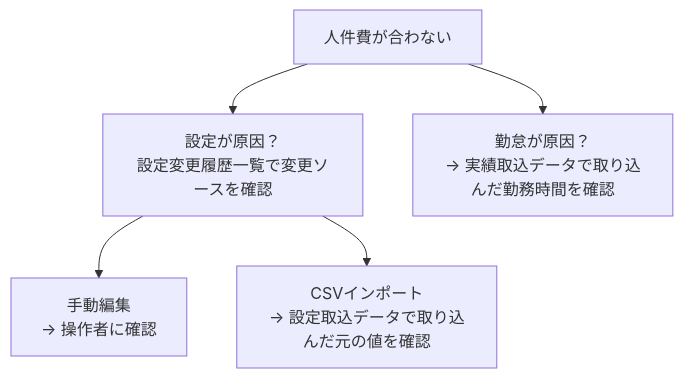
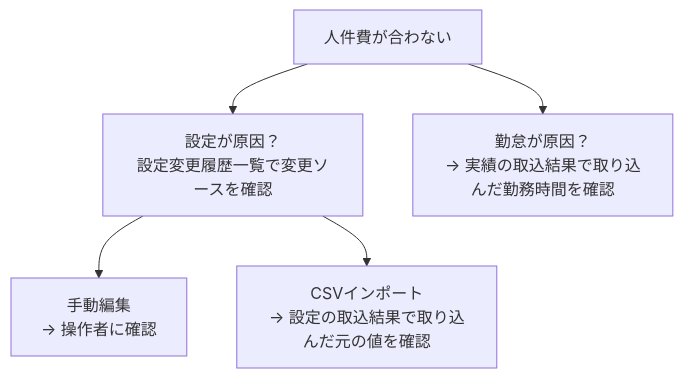
One commit to suguru789987/rakmy-employee-mgmt-spec changed diagram 12 of 15 in 20260803_01_従業員管理_仕様書_PdM版.md. Above: the diagram before and after it, drawn with Mermaid. The commit also changed other lines of this file and 28 other files, not shown here.

````diff
--- a/20260803_01_従業員管理_仕様書_PdM版.md
+++ b/20260803_01_従業員管理_仕様書_PdM版.md
@@ -736,7 +777,7 @@
 ```mermaid
 flowchart TB
   Q["人件費が合わない"] --> S["設定が原因？<br/>設定変更履歴一覧で変更ソースを確認"]
   S --> S1["手動編集<br/>→ 操作者に確認"]
-  S --> S2["CSVインポート<br/>→ 設定取込データで取り込んだ元の値を確認"]
-  Q --> K["勤怠が原因？<br/>→ 実績取込データで取り込んだ勤務時間を確認"]
+  S --> S2["CSVインポート<br/>→ 設定の取込結果で取り込んだ元の値を確認"]
+  Q --> K["勤怠が原因？<br/>→ 実績の取込結果で取り込んだ勤務時間を確認"]
 ```
````
